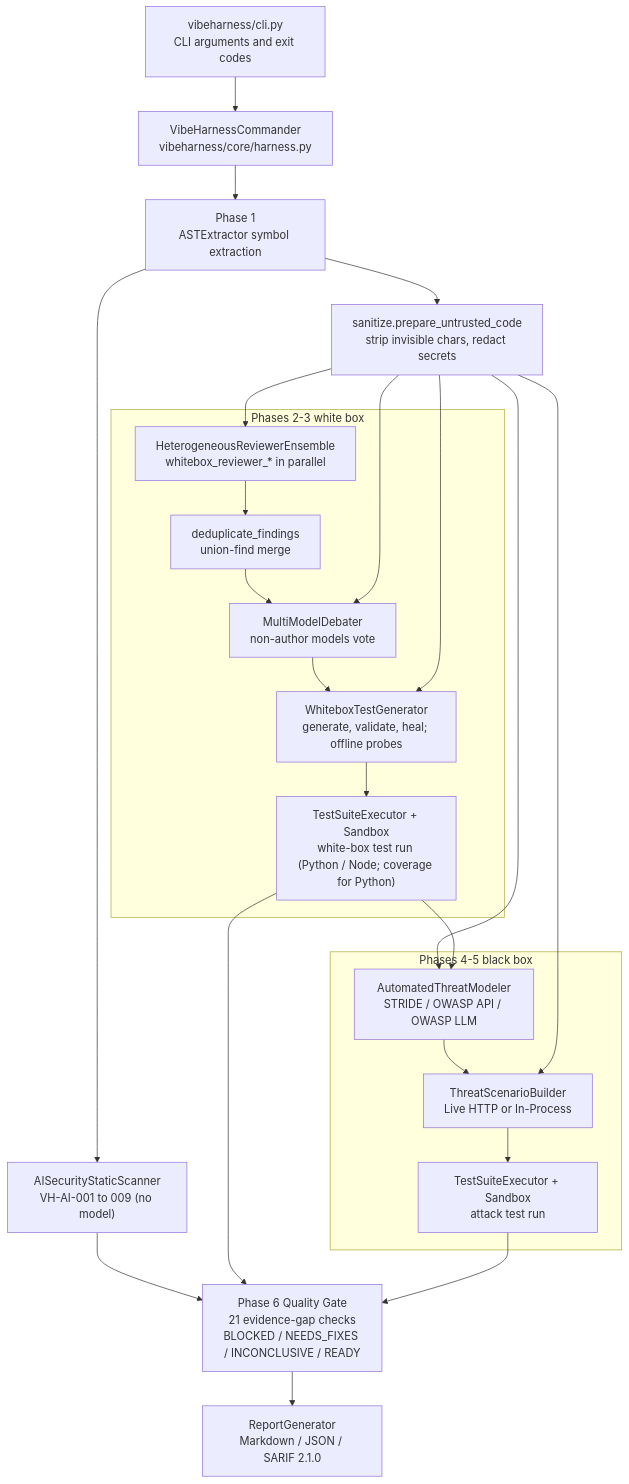
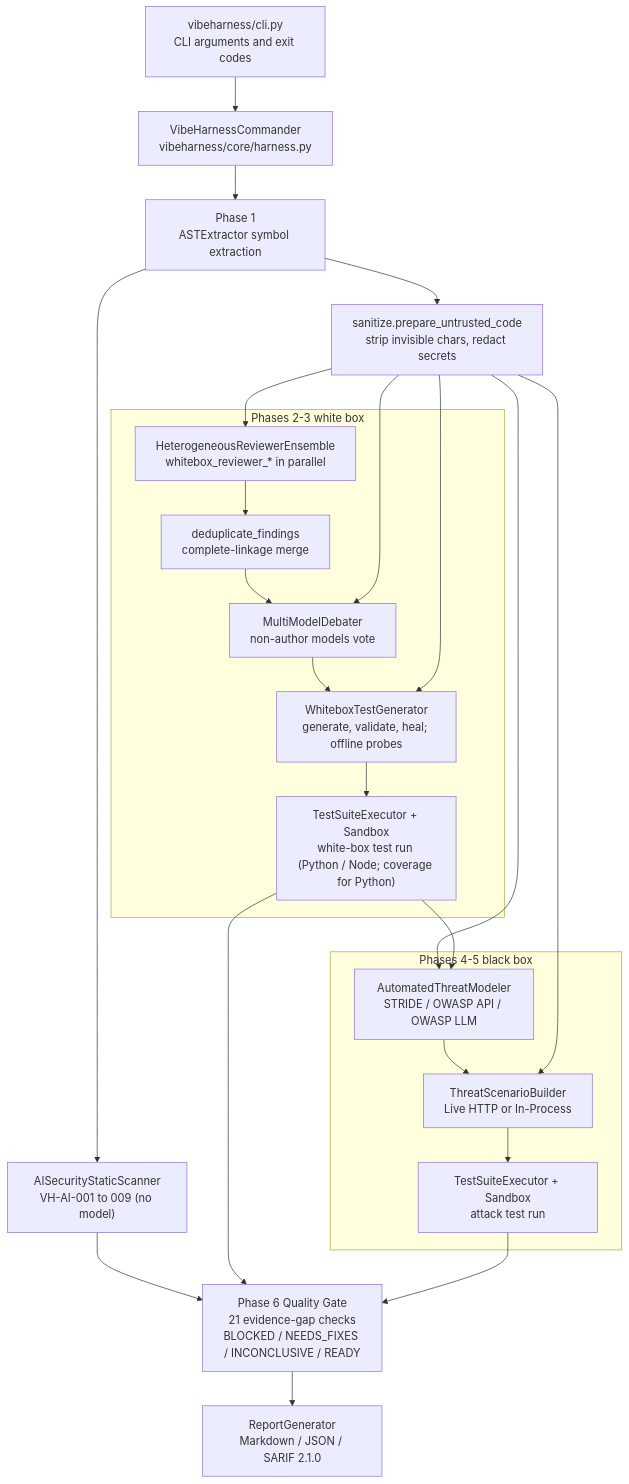
One commit to chinchiang/MultiAgentGama changed the first of 3 diagrams in docs/design.en.md. Above: the diagram before and after it, drawn with Mermaid. The commit also changed other lines of this file and 8 other files, not shown here.

````diff
--- a/docs/design.en.md
+++ b/docs/design.en.md
@@ -43,34 +43,34 @@
 ```mermaid
 flowchart TD
     CLI["vibeharness/cli.py<br/>CLI arguments and exit codes"] --> CMD["VibeHarnessCommander<br/>vibeharness/core/harness.py"]
     CMD --> P1["Phase 1<br/>ASTExtractor symbol extraction"]
     P1 --> SAST["AISecurityStaticScanner<br/>VH-AI-001 to 009 (no model)"]
     P1 --> SAN["sanitize.prepare_untrusted_code<br/>strip invisible chars, redact secrets"]
 
     subgraph WB ["Phases 2-3 white box"]
         REV["HeterogeneousReviewerEnsemble<br/>whitebox_reviewer_* in parallel"]
-        DEDUP["deduplicate_findings<br/>union-find merge"]
+        DEDUP["deduplicate_findings<br/>complete-linkage merge"]
         DEB["MultiModelDebater<br/>non-author models vote"]
         GEN["WhiteboxTestGenerator<br/>generate, validate, heal; offline probes"]
         EXE1["TestSuiteExecutor + Sandbox<br/>white-box test run (Python / Node; coverage for Python)"]
         REV --> DEDUP --> DEB --> GEN --> EXE1
     end
 
     subgraph BB ["Phases 4-5 black box"]
         TM["AutomatedThreatModeler<br/>STRIDE / OWASP API / OWASP LLM"]
         ATK["ThreatScenarioBuilder<br/>Live HTTP or In-Process"]
         EXE2["TestSuiteExecutor + Sandbox<br/>attack test run"]
         TM --> ATK --> EXE2
     end
 
     SAN --> REV
     SAN --> DEB
     SAN --> GEN
     SAN --> TM
     SAN --> ATK
     EXE1 --> TM
     SAST --> GATE
     EXE1 --> GATE
     EXE2 --> GATE["Phase 6 Quality Gate<br/>21 evidence-gap checks<br/>BLOCKED / NEEDS_FIXES / INCONCLUSIVE / READY"]
     GATE --> OUT["ReportGenerator<br/>Markdown / JSON / SARIF 2.1.0"]
 ```
````
